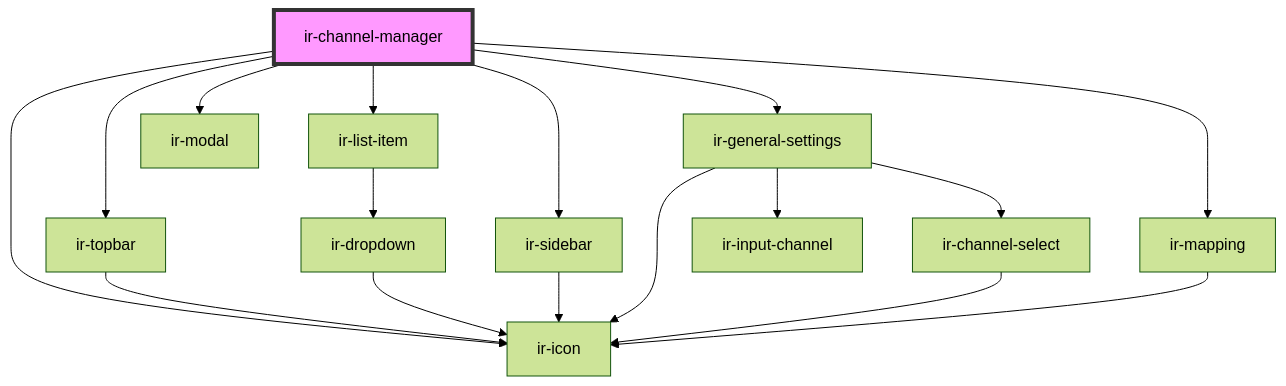
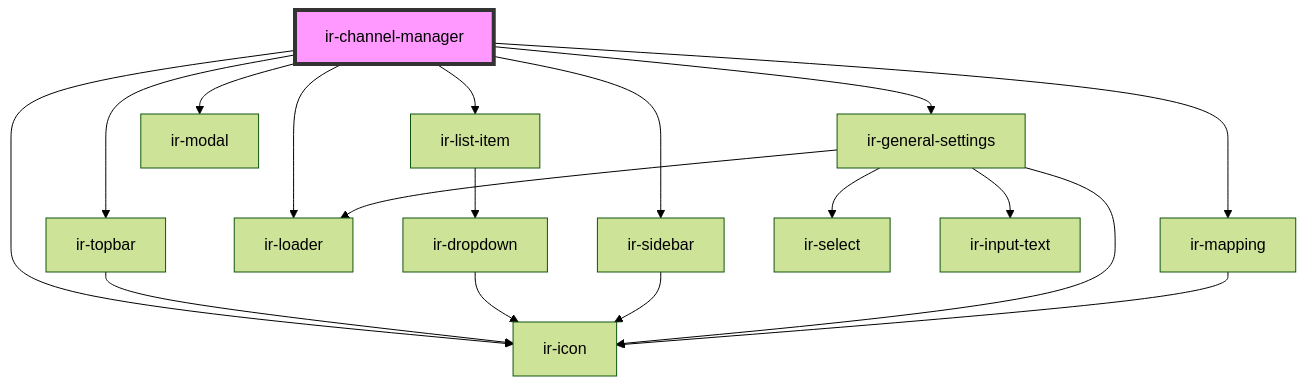
One commit to freddynasr/ir-webcmp changed the diagram in src/components/ir-channel-manager/readme.md. Above: the diagram before and after it, drawn with Mermaid (forest theme). The commit also changed other lines of this file and 18 other files, not shown here.

````diff
--- a/src/components/ir-channel-manager/readme.md
+++ b/src/components/ir-channel-manager/readme.md
@@ -29,20 +30,21 @@
 ```mermaid
 graph TD;
   ir-channel-manager --> ir-icon
   ir-channel-manager --> ir-topbar
   ir-channel-manager --> ir-list-item
   ir-channel-manager --> ir-sidebar
+  ir-channel-manager --> ir-loader
   ir-channel-manager --> ir-general-settings
   ir-channel-manager --> ir-mapping
   ir-channel-manager --> ir-modal
   ir-topbar --> ir-icon
   ir-list-item --> ir-dropdown
   ir-dropdown --> ir-icon
   ir-sidebar --> ir-icon
-  ir-general-settings --> ir-channel-select
-  ir-general-settings --> ir-input-channel
+  ir-general-settings --> ir-select
+  ir-general-settings --> ir-input-text
+  ir-general-settings --> ir-loader
   ir-general-settings --> ir-icon
-  ir-channel-select --> ir-icon
   ir-mapping --> ir-icon
   style ir-channel-manager fill:#f9f,stroke:#333,stroke-width:4px
 ```
````
